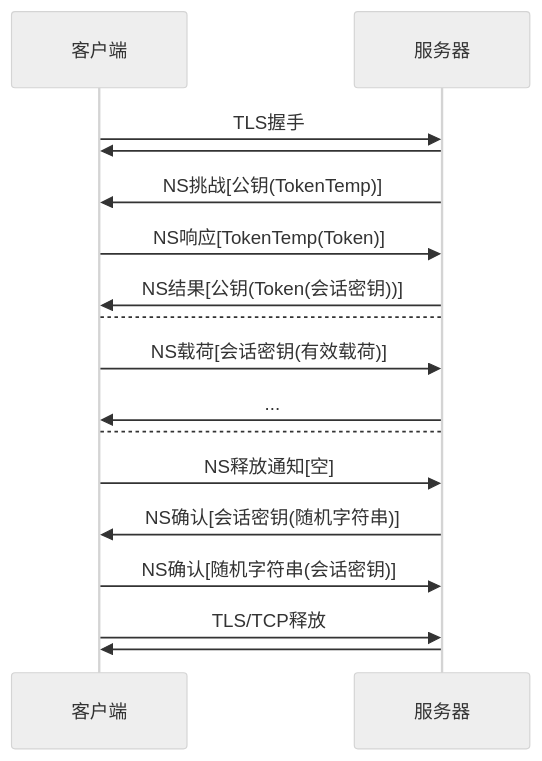
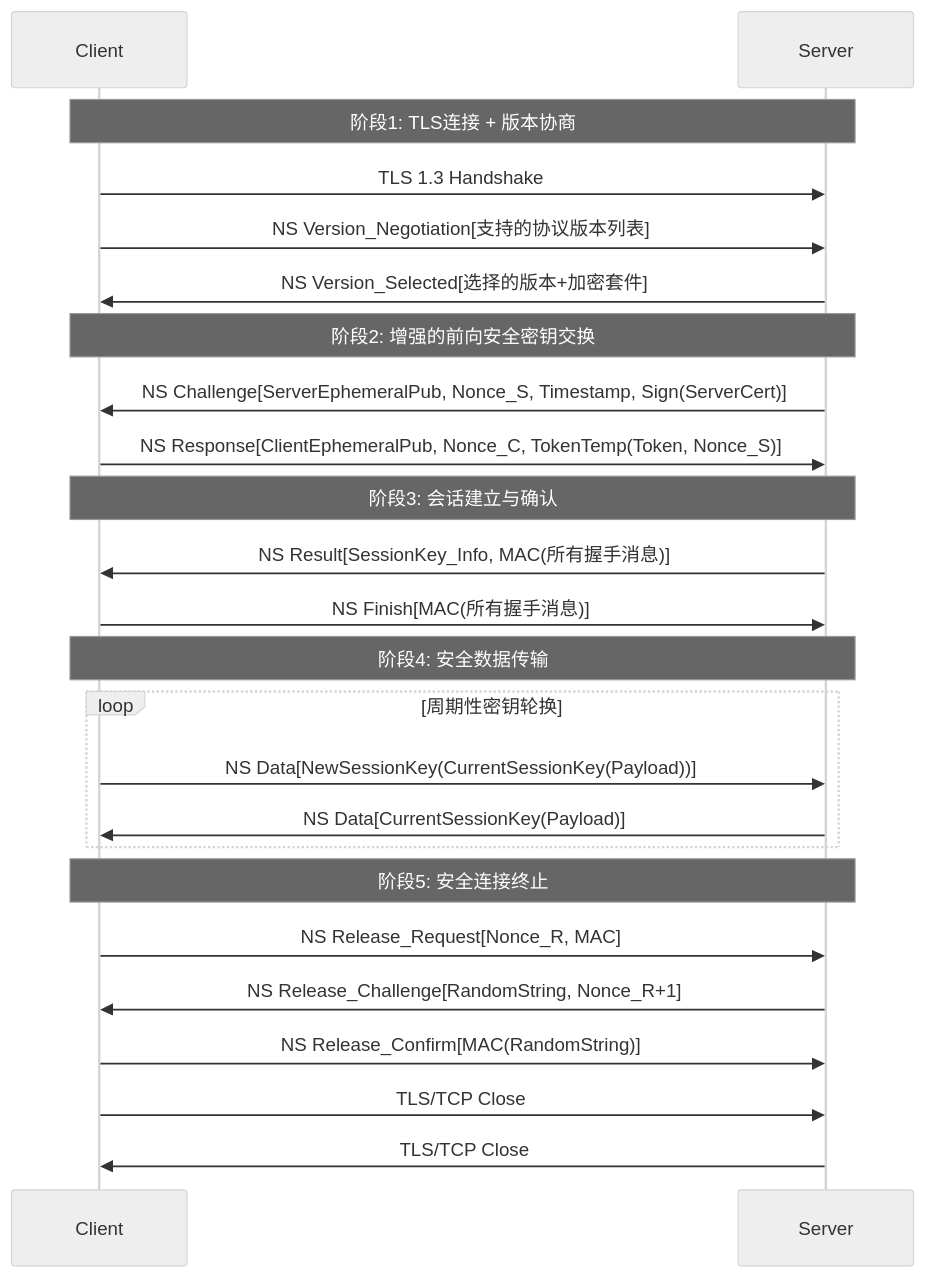
Before and after one commit to cube-open/NitroSocks: the diagram in zhcn.md, drawn with Mermaid (neutral theme).

Commit message:
更新 zhcn.md

````diff
--- a/zhcn.md
+++ b/zhcn.md
@@ -9,17 +9,31 @@
 ```mermaid
 sequenceDiagram
-  客户端->>服务器: TLS握手
-  服务器->>客户端:
-  服务器->>客户端: NS挑战[公钥(TokenTemp)]
-  客户端->>服务器: NS响应[TokenTemp(Token)]
-  服务器->>客户端: NS结果[公钥(Token(会话密钥))]
-  客户端-->服务器:
-  客户端->>服务器: NS载荷[会话密钥(有效载荷)]
-  服务器->>客户端:...
-  服务器-->客户端:
-  客户端->>服务器: NS释放通知[空]
-  服务器->>客户端: NS确认[会话密钥(随机字符串)]
-  客户端->>服务器: NS确认[随机字符串(会话密钥)]
-  客户端->>服务器: TLS/TCP释放
-  服务器->>客户端:
+  participant C as Client
+  participant S as Server
+
+  Note over C,S: 阶段1: TLS连接 + 版本协商
+  C->>S: TLS 1.3 Handshake
+  C->>S: NS Version_Negotiation[支持的协议版本列表]
+  S->>C: NS Version_Selected[选择的版本+加密套件]
+  
+  Note over C,S: 阶段2: 增强的前向安全密钥交换
+  S->>C: NS Challenge[ServerEphemeralPub, Nonce_S, Timestamp, Sign(ServerCert)]
+  C->>S: NS Response[ClientEphemeralPub, Nonce_C, TokenTemp(Token, Nonce_S)]
+  
+  Note over C,S: 阶段3: 会话建立与确认
+  S->>C: NS Result[SessionKey_Info, MAC(所有握手消息)]
+  C->>S: NS Finish[MAC(所有握手消息)]
+  
+  Note over C,S: 阶段4: 安全数据传输
+  loop 周期性密钥轮换
+    C->>S: NS Data[NewSessionKey(CurrentSessionKey(Payload))]
+    S->>C: NS Data[CurrentSessionKey(Payload)]
+  end
+  
+  Note over C,S: 阶段5: 安全连接终止
+  C->>S: NS Release_Request[Nonce_R, MAC]
+  S->>C: NS Release_Challenge[RandomString, Nonce_R+1]
+  C->>S: NS Release_Confirm[MAC(RandomString)]
+  C->>S: TLS/TCP Close
+  S->>C: TLS/TCP Close
 ```
````
